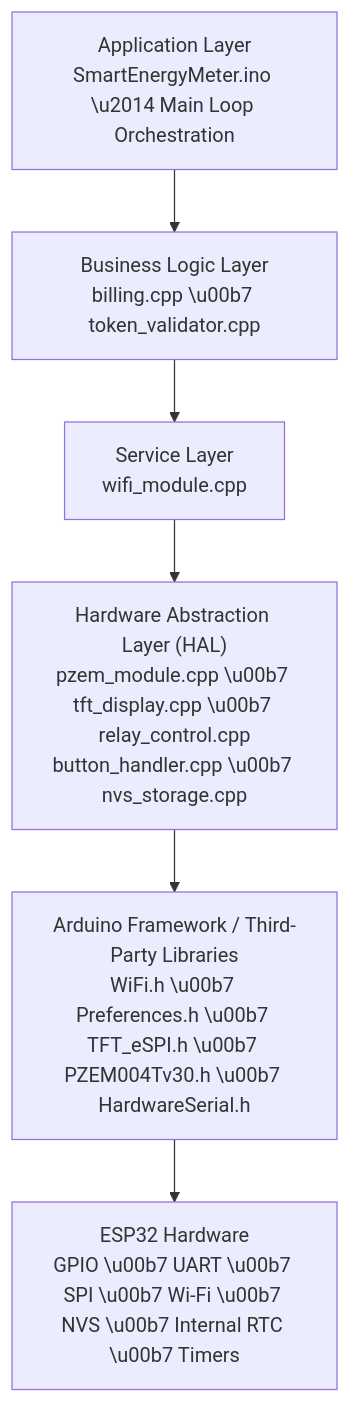
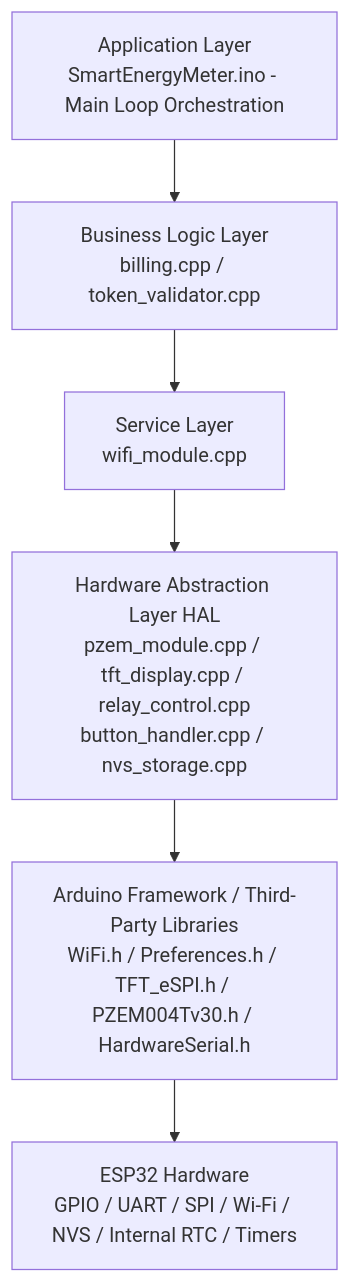
One commit to thetruesammyjay/Iot-Based-Smart-Prepaid-Energy-Meter-Proteus changed the second of 4 diagrams in README.md. Above: the diagram before and after it, drawn with Mermaid. The commit also changed other lines of this file, not shown here.

Commit message:
Fix Mermaid parse errors: replace escaped quote and em dashes in diagram node labels

````diff
--- a/README.md
+++ b/README.md
@@ -184,15 +184,15 @@
 ```mermaid
 graph TD
-    AL["Application Layer\nSmartEnergyMeter.ino \u2014 Main Loop Orchestration"]
-    BL["Business Logic Layer\nbilling.cpp \u00b7 token_validator.cpp"]
+    AL["Application Layer\nSmartEnergyMeter.ino - Main Loop Orchestration"]
+    BL["Business Logic Layer\nbilling.cpp / token_validator.cpp"]
     SL["Service Layer\nwifi_module.cpp"]
-    HAL["Hardware Abstraction Layer (HAL)\npzem_module.cpp \u00b7 tft_display.cpp \u00b7 relay_control.cpp\nbutton_handler.cpp \u00b7 nvs_storage.cpp"]
-    LIB["Arduino Framework / Third-Party Libraries\nWiFi.h \u00b7 Preferences.h \u00b7 TFT_eSPI.h \u00b7 PZEM004Tv30.h \u00b7 HardwareSerial.h"]
-    HW["ESP32 Hardware\nGPIO \u00b7 UART \u00b7 SPI \u00b7 Wi-Fi \u00b7 NVS \u00b7 Internal RTC \u00b7 Timers"]
+    HAL["Hardware Abstraction Layer HAL\npzem_module.cpp / tft_display.cpp / relay_control.cpp\nbutton_handler.cpp / nvs_storage.cpp"]
+    LIB["Arduino Framework / Third-Party Libraries\nWiFi.h / Preferences.h / TFT_eSPI.h / PZEM004Tv30.h / HardwareSerial.h"]
+    HW["ESP32 Hardware\nGPIO / UART / SPI / Wi-Fi / NVS / Internal RTC / Timers"]
 
     AL --> BL
     BL --> SL
     SL --> HAL
     HAL --> LIB
     LIB --> HW
 ```
````
